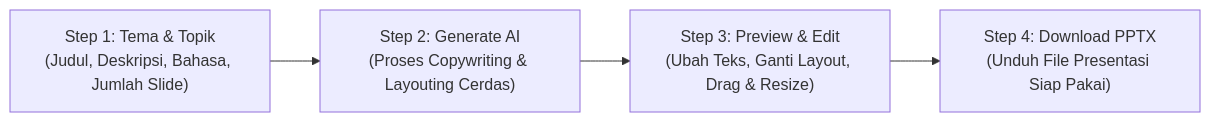
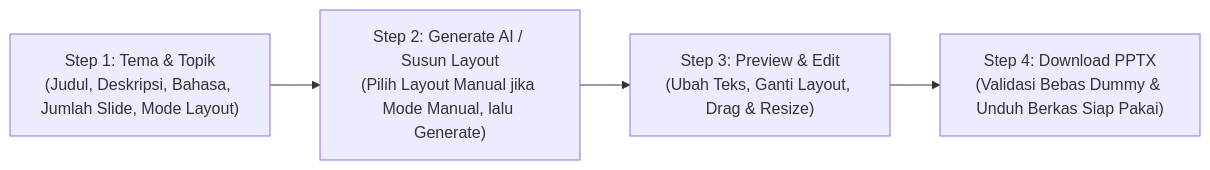
Before and after one commit to hizkiaa13/master-ppt-ai: the diagram in master-ppt-ai/README.md, drawn with Mermaid. The commit also changed other lines of this file and 16 other files, not shown here.

Commit message:
feat: perbaiki slide dummy & tambah pilihan mode layout (Auto AI vs Manual Layout)

````diff
--- a/master-ppt-ai/README.md
+++ b/master-ppt-ai/README.md
@@ -67,6 +78,6 @@
 ```mermaid
 flowchart LR
-    A["Step 1: Tema & Topik<br/>(Judul, Deskripsi, Bahasa, Jumlah Slide)"] --> B["Step 2: Generate AI<br/>(Proses Copywriting & Layouting Cerdas)"]
+    A["Step 1: Tema & Topik<br/>(Judul, Deskripsi, Bahasa, Jumlah Slide, Mode Layout)"] --> B["Step 2: Generate AI / Susun Layout<br/>(Pilih Layout Manual jika Mode Manual, lalu Generate)"]
     B --> C["Step 3: Preview & Edit<br/>(Ubah Teks, Ganti Layout, Drag & Resize)"]
-    C --> D["Step 4: Download PPTX<br/>(Unduh File Presentasi Siap Pakai)"]
+    C --> D["Step 4: Download PPTX<br/>(Validasi Bebas Dummy & Unduh Berkas Siap Pakai)"]
 ```
````
